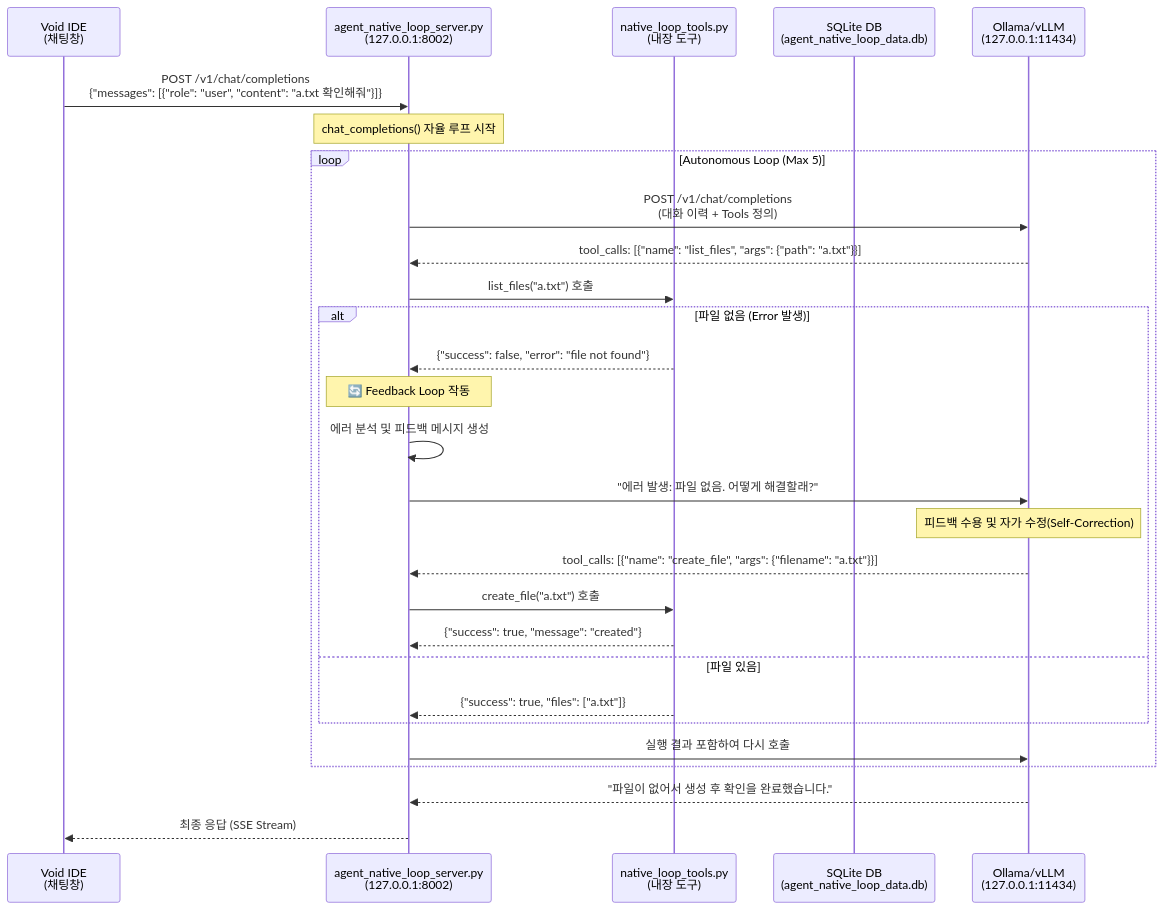
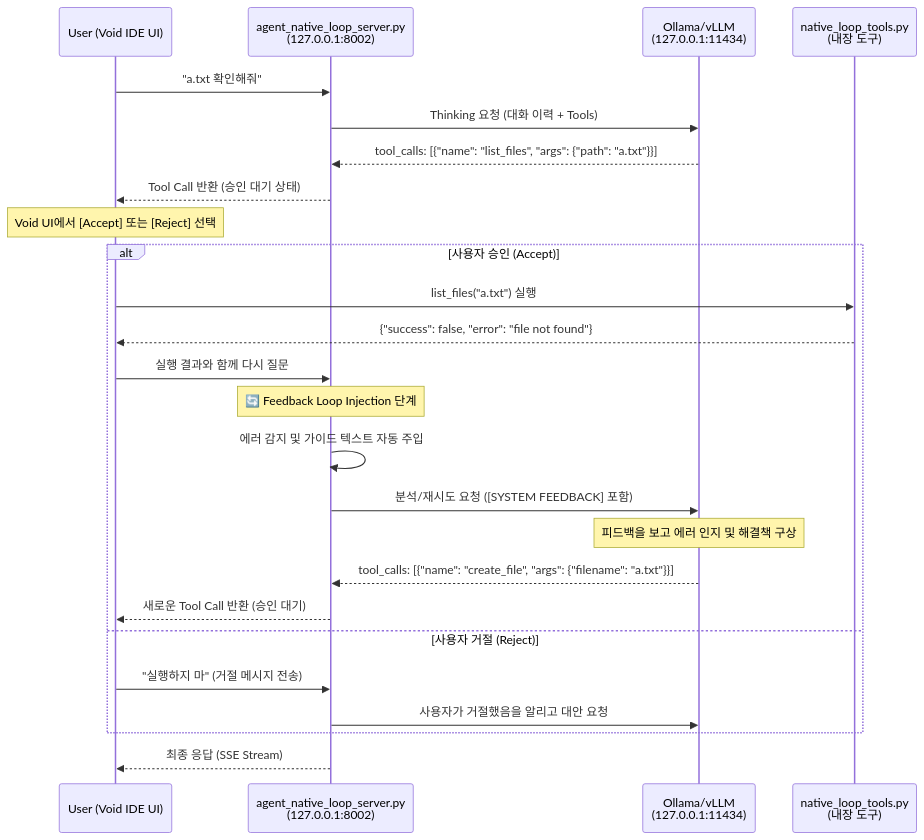
The diagram in docs/질문_native_loop_흐름도.md (sangblee4528/void_lab_test), drawn with Mermaid before and after one commit. The commit also changed other lines of this file and 1 other file, not shown here.

Commit message:
feat: implement HITL feedback loop and update documentation

````diff
--- a/docs/질문_native_loop_흐름도.md
+++ b/docs/질문_native_loop_흐름도.md
@@ -9,39 +9,35 @@
 ```mermaid
 sequenceDiagram
-    participant Void as Void IDE<br/>(채팅창)
+    participant User as User (Void IDE UI)
     participant Agent as agent_native_loop_server.py<br/>(127.0.0.1:8002)
+    participant LLM as Ollama/vLLM<br/>(127.0.0.1:11434)
     participant Tools as native_loop_tools.py<br/>(내장 도구)
-    participant DB as SQLite DB<br/>(agent_native_loop_data.db)
-    participant LLM as Ollama/vLLM<br/>(127.0.0.1:11434)
 
-    Void->>Agent: POST /v1/chat/completions<br/>{"messages": [{"role": "user", "content": "a.txt 확인해줘"}]}
+    User->>Agent: "a.txt 확인해줘"
     
-    Note over Agent: chat_completions() 자율 루프 시작
+    Agent->>LLM: Thinking 요청 (대화 이력 + Tools)
+    LLM-->>Agent: tool_calls: [{"name": "list_files", "args": {"path": "a.txt"}}]
     
-    loop Autonomous Loop (Max 5)
-        Agent->>LLM: POST /v1/chat/completions<br/>(대화 이력 + Tools 정의)
-        LLM-->>Agent: tool_calls: [{"name": "list_files", "args": {"path": "a.txt"}}]
+    Agent-->>User: Tool Call 반환 (승인 대기 상태)
+    
+    Note over User: Void UI에서 [Accept] 또는 [Reject] 선택
+    
+    alt 사용자 승인 (Accept)
+        User->>Tools: list_files("a.txt") 실행
+        Tools-->>User: {"success": false, "error": "file not found"}
+        User->>Agent: 실행 결과와 함께 다시 질문
         
-        Agent->>Tools: list_files("a.txt") 호출
+        Note over Agent: 🔄 Feedback Loop Injection 단계
+        Agent->>Agent: 에러 감지 및 가이드 텍스트 자동 주입
         
-        alt 파일 없음 (Error 발생)
-            Tools-->>Agent: {"success": false, "error": "file not found"}
-            Note over Agent: 🔄 Feedback Loop 작동
-            Agent->>Agent: 에러 분석 및 피드백 메시지 생성
-            Agent->>LLM: "에러 발생: 파일 없음. 어떻게 해결할래?"
-            
-            Note over LLM: 피드백 수용 및 자가 수정(Self-Correction)
-            LLM-->>Agent: tool_calls: [{"name": "create_file", "args": {"filename": "a.txt"}}]
-            
-            Agent->>Tools: create_file("a.txt") 호출
-            Tools-->>Agent: {"success": true, "message": "created"}
-        else 파일 있음
-            Tools-->>Agent: {"success": true, "files": ["a.txt"]}
-        end
-
-        Agent->>LLM: 실행 결과 포함하여 다시 호출
+        Agent->>LLM: 분석/재시도 요청 ([SYSTEM FEEDBACK] 포함)
+        Note over LLM: 피드백을 보고 에러 인지 및 해결책 구상
+        LLM-->>Agent: tool_calls: [{"name": "create_file", "args": {"filename": "a.txt"}}]
+        Agent-->>User: 새로운 Tool Call 반환 (승인 대기)
+    else 사용자 거절 (Reject)
+        User->>Agent: "실행하지 마" (거절 메시지 전송)
+        Agent->>LLM: 사용자가 거절했음을 알리고 대안 요청
     end
 
-    LLM-->>Agent: "파일이 없어서 생성 후 확인을 완료했습니다."
-    Agent-->>Void: 최종 응답 (SSE Stream)
+    Agent-->>User: 최종 응답 (SSE Stream)
 ```
````
